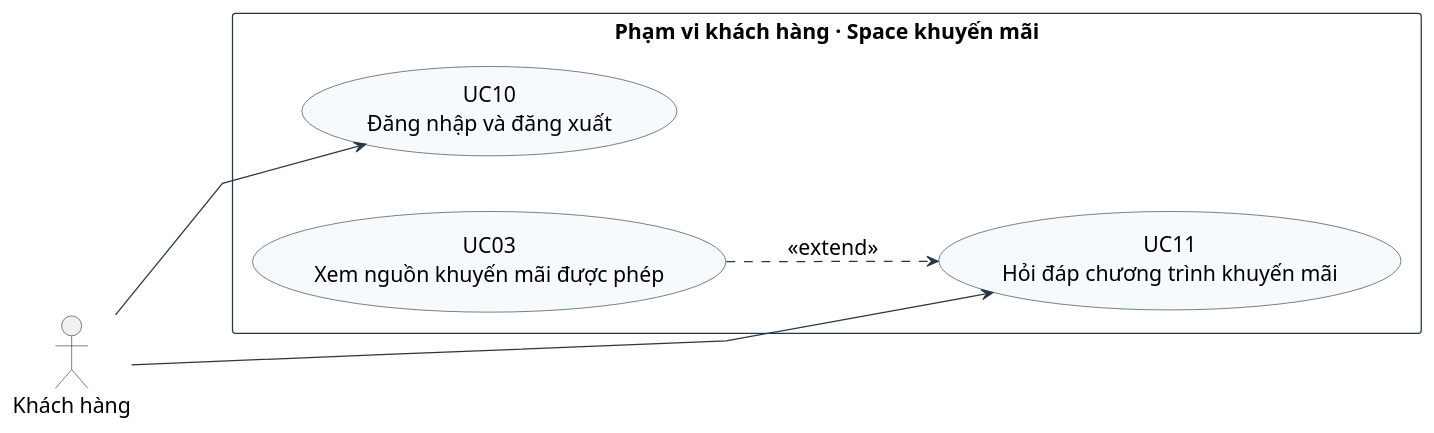
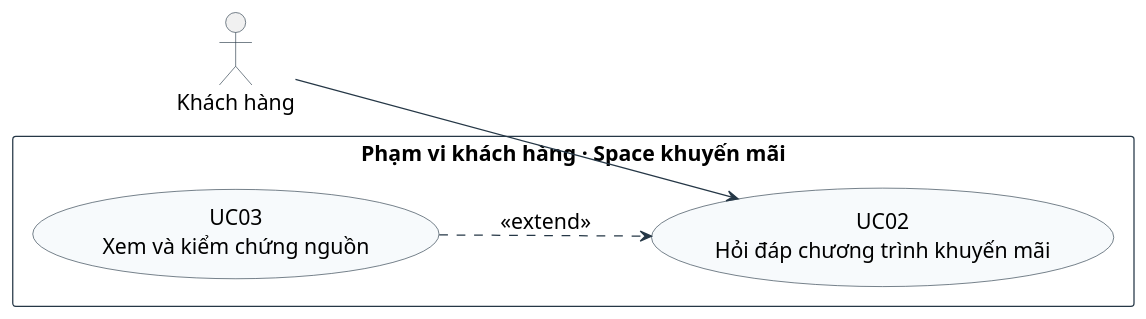
Before and after one commit to 21tuoino12trieu/Do-An-Ki-Su: the diagram in docs/use-cases/diagrams/03-usecase-khach-hang.puml, drawn with PlantUML. The commit also changed 13 other files, not shown here.

```diff
--- a/docs/use-cases/diagrams/03-usecase-khach-hang.puml
+++ b/docs/use-cases/diagrams/03-usecase-khach-hang.puml
@@ -1,26 +1,24 @@
 @startuml 03-usecase-khach-hang
 
 left to right direction
 skinparam shadowing false
 skinparam linetype polyline
 skinparam nodesep 45
 skinparam ranksep 95
 skinparam defaultFontName Arial
 skinparam defaultFontSize 17
 skinparam actorStyle stickman
 skinparam BackgroundColor white
 skinparam ArrowColor #253746
 skinparam usecaseBackgroundColor #F7FAFC
 skinparam usecaseBorderColor #253746
 skinparam rectangleBorderColor #253746
 skinparam actorBorderColor #253746
 actor "Khách hàng" as KH
 rectangle "Phạm vi khách hàng · Space khuyến mãi" as CUSTOMER {
-  usecase "UC10\nĐăng nhập và đăng xuất" as K10
-  usecase "UC11\nHỏi đáp chương trình khuyến mãi" as K11
-  usecase "UC03\nXem nguồn khuyến mãi được phép" as K03
+  usecase "UC02\nHỏi đáp chương trình khuyến mãi" as K02
+  usecase "UC03\nXem và kiểm chứng nguồn" as K03
 }
-KH --> K10
-KH --> K11
-K03 ..> K11 : <<extend>>
+KH --> K02
+K03 ..> K02 : <<extend>>
 @enduml
```
